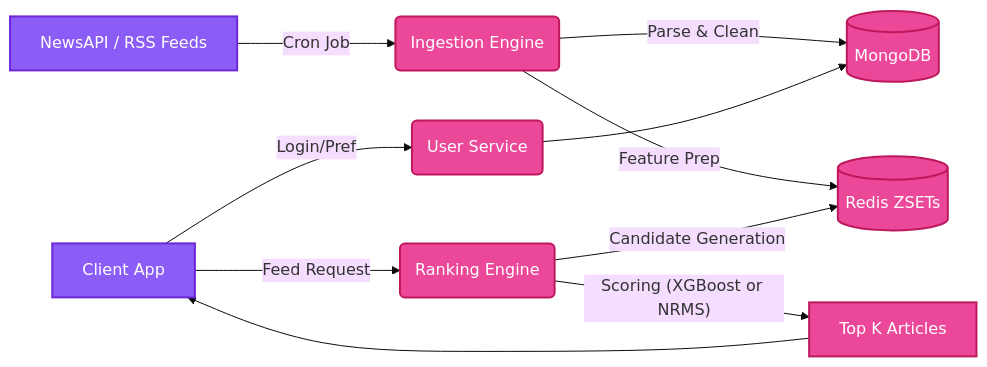
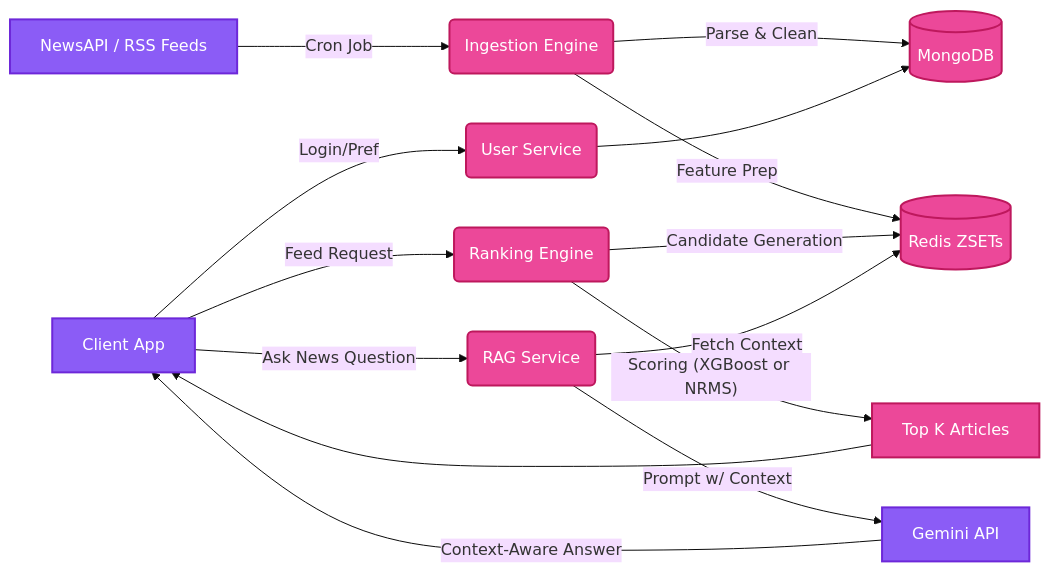
The second of 2 diagrams in README.md (khushalmidha/jagrit), drawn with Mermaid (base theme) before and after one commit. The commit also changed other lines of this file, not shown here.

Commit message:
docs: update architecture diagrams for RAG

````diff
--- a/README.md
+++ b/README.md
@@ -75,17 +77,22 @@
 ```mermaid
 graph LR
     classDef node fill:#ec4899,stroke:#be185d,stroke-width:2px,color:#fff
     classDef ext fill:#8b5cf6,stroke:#6d28d9,stroke-width:2px,color:#fff
     
     A[NewsAPI / RSS Feeds]:::ext -->|Cron Job| B(Ingestion Engine)
     B -->|Parse & Clean| C[(MongoDB)]
     B -->|Feature Prep| D[(Redis ZSETs)]
     
     E[Client App]:::ext -->|Login/Pref| F(User Service)
     F --> C
     
     E -->|Feed Request| G(Ranking Engine)
     G -->|Candidate Generation| D
     G -->|"Scoring (XGBoost or NRMS)"| H[Top K Articles]
     H --> E
+    
+    E -->|Ask News Question| I(RAG Service)
+    I -->|Fetch Context| D
+    I -->|Prompt w/ Context| J[Gemini API]:::ext
+    J -->|Context-Aware Answer| E
 ```
````
